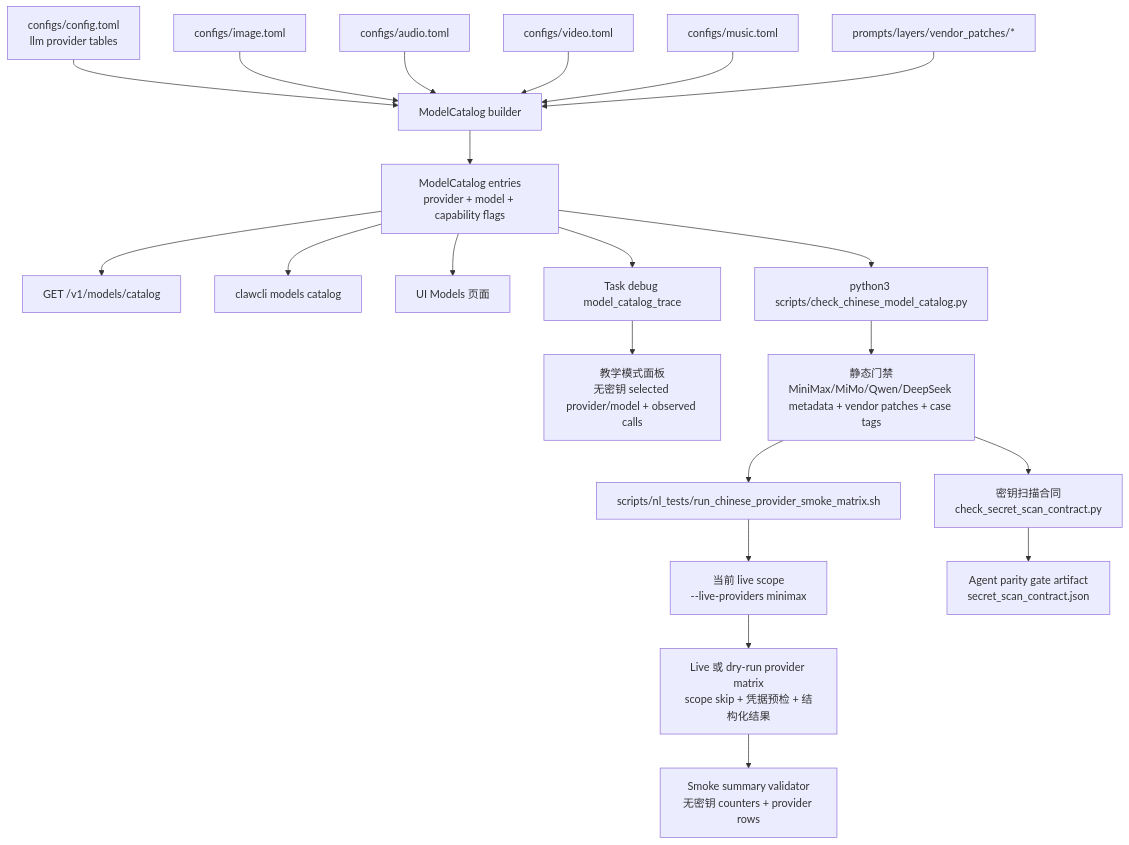
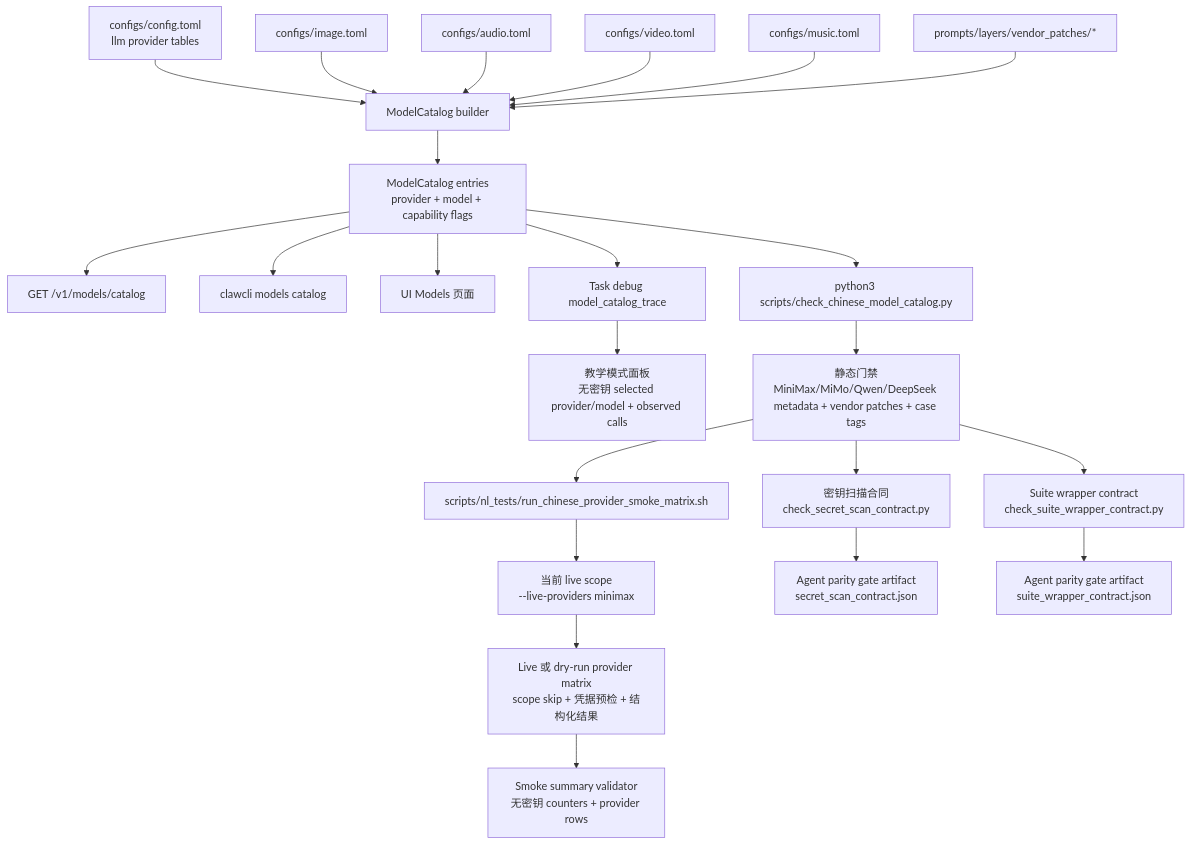
One commit to MatrixCoreX/RustClaw changed the sixth of 6 diagrams in README.zh-CN.md. Above: the diagram before and after it, drawn with Mermaid. The commit also changed other lines of this file and 2 other files, not shown here.

Commit message:
Document suite wrapper parity gate

````diff
--- a/README.zh-CN.md
+++ b/README.zh-CN.md
@@ -669,23 +669,25 @@
 ```mermaid
 flowchart TD
     A[configs/config.toml<br/>llm provider tables] --> B[ModelCatalog builder]
     C[configs/image.toml] --> B
     D[configs/audio.toml] --> B
     E[configs/video.toml] --> B
     F[configs/music.toml] --> B
     G[prompts/layers/vendor_patches/*] --> B
     B --> H[ModelCatalog entries<br/>provider + model + capability flags]
     H --> I[GET /v1/models/catalog]
     H --> J[clawcli models catalog]
     H --> K[UI Models 页面]
     H --> L[Task debug model_catalog_trace]
     L --> M[教学模式面板<br/>无密钥 selected provider/model + observed calls]
     H --> N[python3 scripts/check_chinese_model_catalog.py]
     N --> O[静态门禁<br/>MiniMax/MiMo/Qwen/DeepSeek metadata + vendor patches + case tags]
     O --> SC[密钥扫描合同<br/>check_secret_scan_contract.py]
     O --> P[scripts/nl_tests/run_chinese_provider_smoke_matrix.sh]
     P --> PS[当前 live scope<br/>--live-providers minimax]
     PS --> Q[Live 或 dry-run provider matrix<br/>scope skip + 凭据预检 + 结构化结果]
     Q --> SV[Smoke summary validator<br/>无密钥 counters + provider rows]
     SC --> AP[Agent parity gate artifact<br/>secret_scan_contract.json]
+    O --> SW[Suite wrapper contract<br/>check_suite_wrapper_contract.py]
+    SW --> AW[Agent parity gate artifact<br/>suite_wrapper_contract.json]
 ```
````
